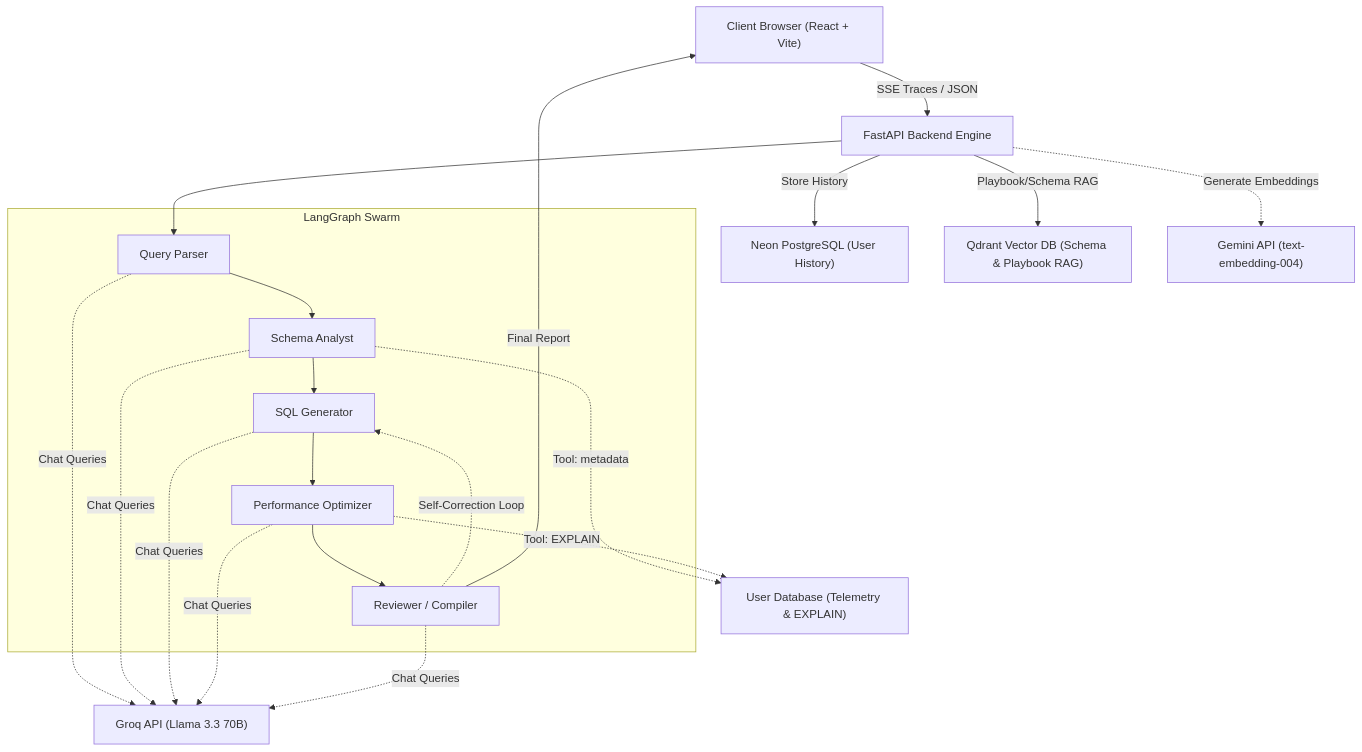
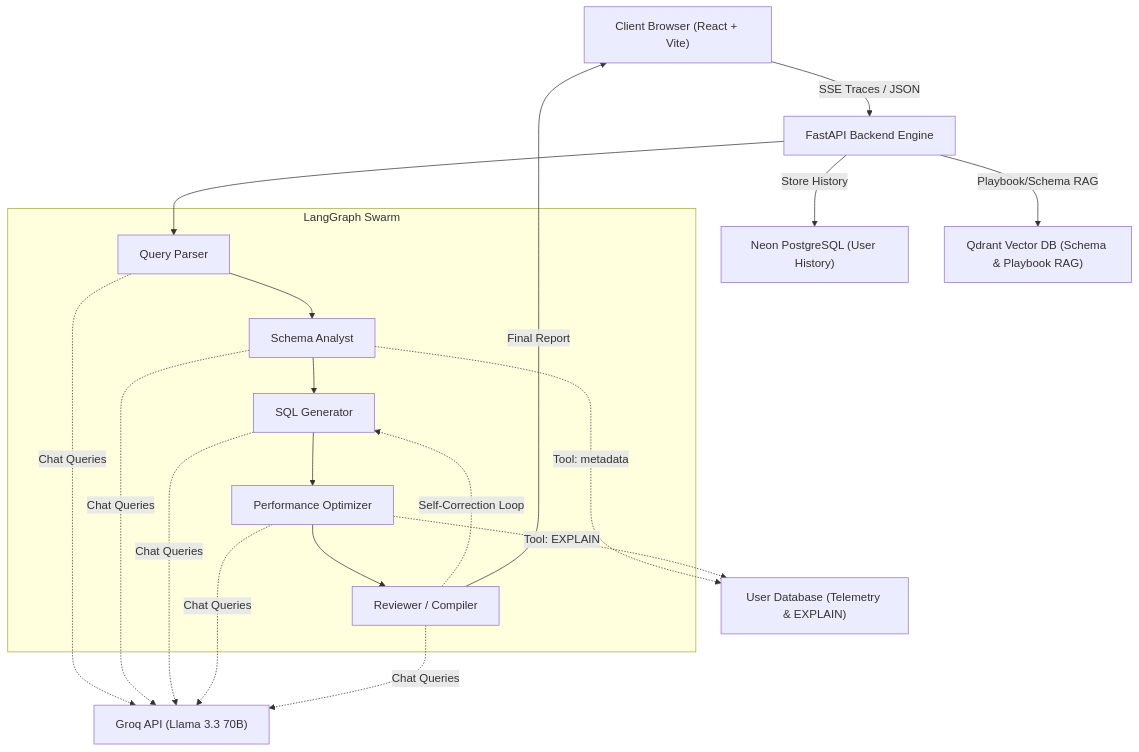
One commit to rishabhsingh8445/query-sage changed the diagram in README.md. Above: the diagram before and after it, drawn with Mermaid. The commit also changed 1 other file, not shown here.

Commit message:
docs/refactor: completely remove all remaining text/diagram references to Gemini from README.md and comments

````diff
--- a/README.md
+++ b/README.md
@@ -39,40 +39,38 @@
 ```mermaid
 graph TD
     %% Core Nodes
     Client["Client Browser (React + Vite)"]
     PythonAPI["FastAPI Backend Engine"]
     Neon["Neon PostgreSQL (User History)"]
     Qdrant["Qdrant Vector DB (Schema & Playbook RAG)"]
     LLM["Groq API (Llama 3.3 70B)"]
-    Embed["Gemini API (text-embedding-004)"]
     LiveDB["User Database (Telemetry & EXPLAIN)"]
 
     %% LangGraph Agents
     subgraph "LangGraph Swarm"
         Parser["Query Parser"]
         Schema["Schema Analyst"]
         Gen["SQL Generator"]
         Opt["Performance Optimizer"]
         Rev["Reviewer / Compiler"]
     end
 
     %% Edges
     Client -->|"SSE Traces / JSON"| PythonAPI
     PythonAPI -->|"Store History"| Neon
     PythonAPI -->|"Playbook/Schema RAG"| Qdrant
     PythonAPI --> Parser
     Parser --> Schema
     Schema --> Gen
     Gen --> Opt
     Opt --> Rev
     Rev -.->|"Self-Correction Loop"| Gen
     Rev -->|"Final Report"| Client
     
     %% API Integrations
     Schema -.->|"Tool: metadata"| LiveDB
     Opt -.->|"Tool: EXPLAIN"| LiveDB
     
     %% Core LLM/Embedding calls
     Parser & Schema & Gen & Opt & Rev -.->|"Chat Queries"| LLM
-    PythonAPI -.->|"Generate Embeddings"| Embed
 ```
````
